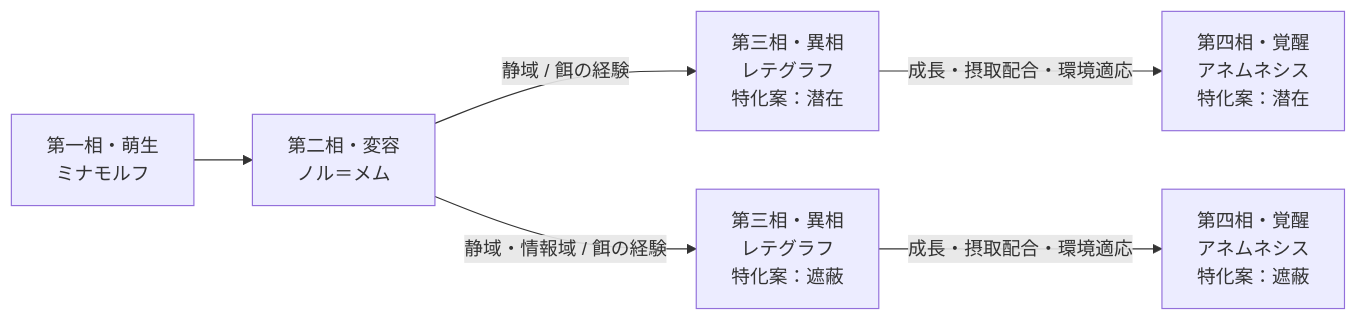
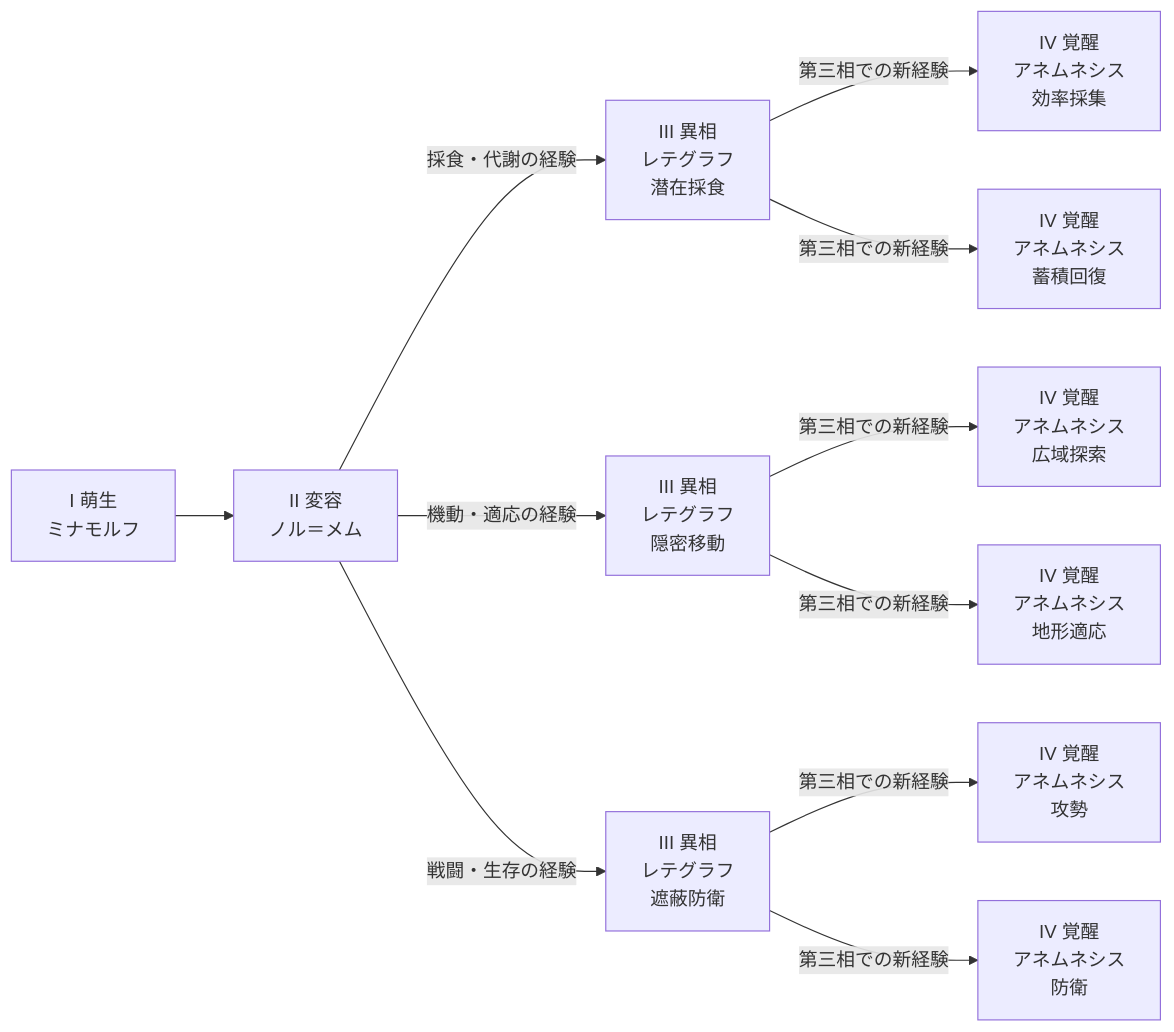
The diagram in lifegame-desktop/design/specification/evolution-trees/antimeme.md (chifuru/VAL), drawn with Mermaid before and after one commit. The commit also changed other lines of this file and 56 other files, not shown here.

````diff
--- a/lifegame-desktop/design/specification/evolution-trees/antimeme.md
+++ b/lifegame-desktop/design/specification/evolution-trees/antimeme.md
@@ -20,8 +32,13 @@
 ```mermaid
 flowchart LR
-  p1["第一相・萌生<br/>ミナモルフ"] --> p2["第二相・変容<br/>ノル＝メム"]
-  p2 -->|"静域 / 餌の経験"| p3_1["第三相・異相<br/>レテグラフ<br/>特化案：潜在"]
-  p3_1 -->|"成長・摂取配合・環境適応"| p4_1["第四相・覚醒<br/>アネムネシス<br/>特化案：潜在"]
-  p2 -->|"静域・情報域 / 餌の経験"| p3_2["第三相・異相<br/>レテグラフ<br/>特化案：遮蔽"]
-  p3_2 -->|"成長・摂取配合・環境適応"| p4_2["第四相・覚醒<br/>アネムネシス<br/>特化案：遮蔽"]
+ p1["I 萌生<br/>ミナモルフ"] --> p2["II 変容<br/>ノル＝メム"]
+ p2 -->|"採食・代謝の経験"| p3_0["III 異相<br/>レテグラフ<br/>潜在採食"]
+ p3_0 -->|"第三相での新経験"| p4_0_0["IV 覚醒<br/>アネムネシス<br/>効率採集"]
+ p3_0 -->|"第三相での新経験"| p4_0_1["IV 覚醒<br/>アネムネシス<br/>蓄積回復"]
+ p2 -->|"機動・適応の経験"| p3_1["III 異相<br/>レテグラフ<br/>隠密移動"]
+ p3_1 -->|"第三相での新経験"| p4_1_0["IV 覚醒<br/>アネムネシス<br/>広域探索"]
+ p3_1 -->|"第三相での新経験"| p4_1_1["IV 覚醒<br/>アネムネシス<br/>地形適応"]
+ p2 -->|"戦闘・生存の経験"| p3_2["III 異相<br/>レテグラフ<br/>遮蔽防衛"]
+ p3_2 -->|"第三相での新経験"| p4_2_0["IV 覚醒<br/>アネムネシス<br/>攻勢"]
+ p3_2 -->|"第三相での新経験"| p4_2_1["IV 覚醒<br/>アネムネシス<br/>防衛"]
 ```
````
